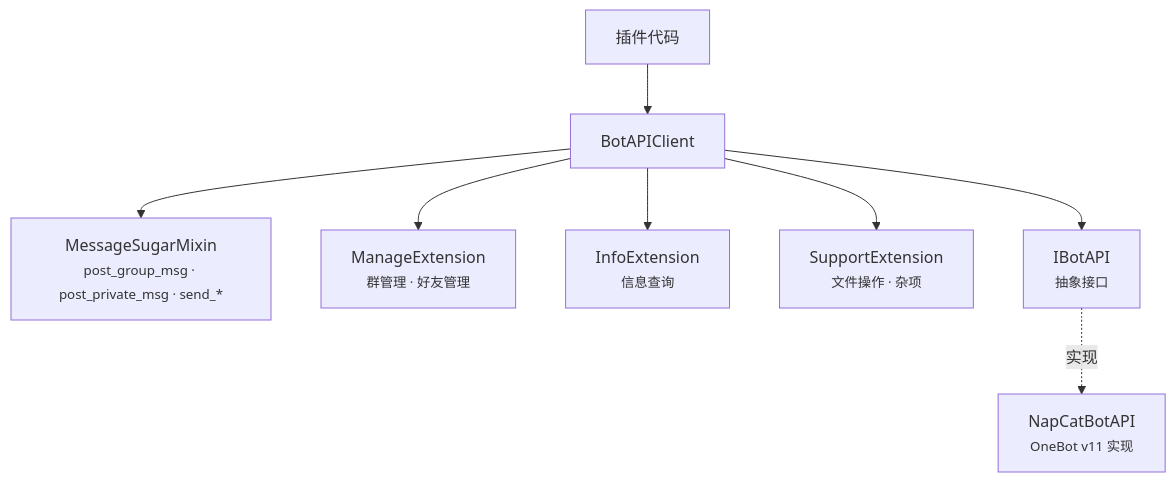
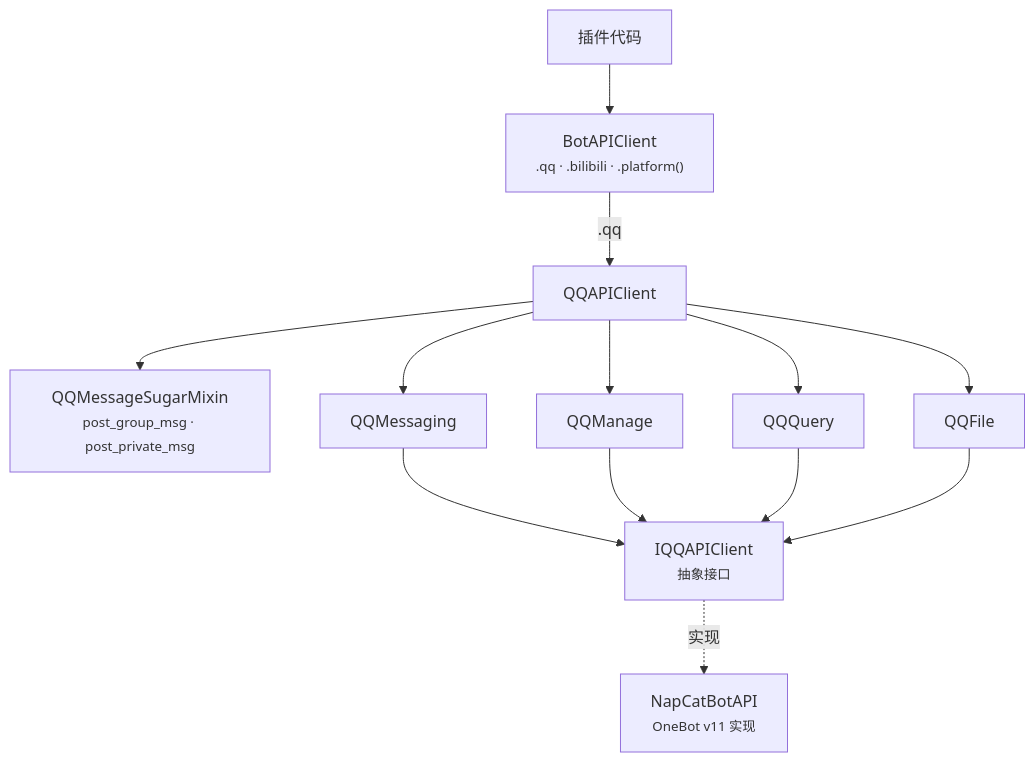
Before and after one commit to Sparrived/ncatbot: the eighth of 16 diagrams in docs/architecture.md, drawn with Mermaid. The commit also changed other lines of this file and 91 other files, not shown here.

````diff
--- a/docs/architecture.md
+++ b/docs/architecture.md
@@ -409,19 +449,26 @@
 ```mermaid
 graph TB
     Plugin["插件代码"]
-    Client["BotAPIClient"]
-    Sugar["MessageSugarMixin<br/><small>post_group_msg · post_private_msg · send_*</small>"]
-    Manage["ManageExtension<br/><small>群管理 · 好友管理</small>"]
-    Info["InfoExtension<br/><small>信息查询</small>"]
-    Support["SupportExtension<br/><small>文件操作 · 杂项</small>"]
-    Interface["IBotAPI<br/><small>抽象接口</small>"]
+    Client["BotAPIClient<br/><small>.qq · .bilibili · .platform()</small>"]
+    QQClient["QQAPIClient"]
+    Sugar["QQMessageSugarMixin<br/><small>post_group_msg · post_private_msg</small>"]
+    Messaging["QQMessaging"]
+    Manage["QQManage"]
+    Query["QQQuery"]
+    File["QQFile"]
+    Interface["IQQAPIClient<br/><small>抽象接口</small>"]
     Impl["NapCatBotAPI<br/><small>OneBot v11 实现</small>"]
 
     Plugin --> Client
-    Client --> Sugar
-    Client --> Manage
-    Client --> Info
-    Client --> Support
-    Client --> Interface
+    Client -->|.qq| QQClient
+    QQClient --> Sugar
+    QQClient --> Messaging
+    QQClient --> Manage
+    QQClient --> Query
+    QQClient --> File
+    Messaging --> Interface
+    Manage --> Interface
+    Query --> Interface
+    File --> Interface
     Interface -.->|实现| Impl
 ```
````
